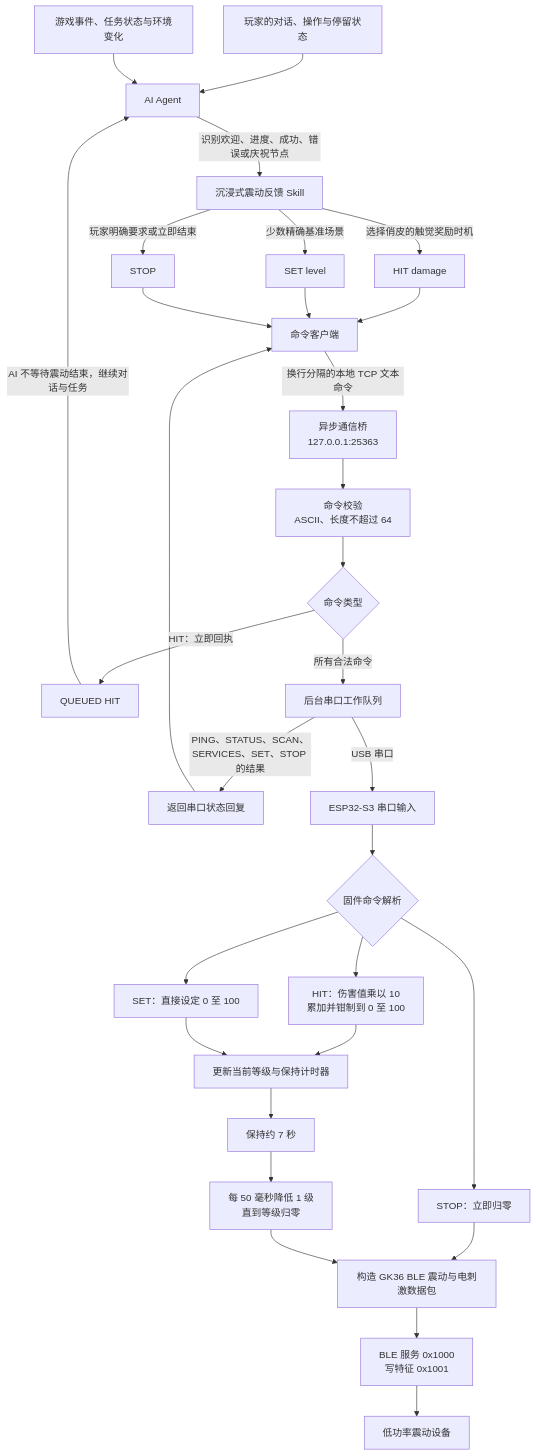
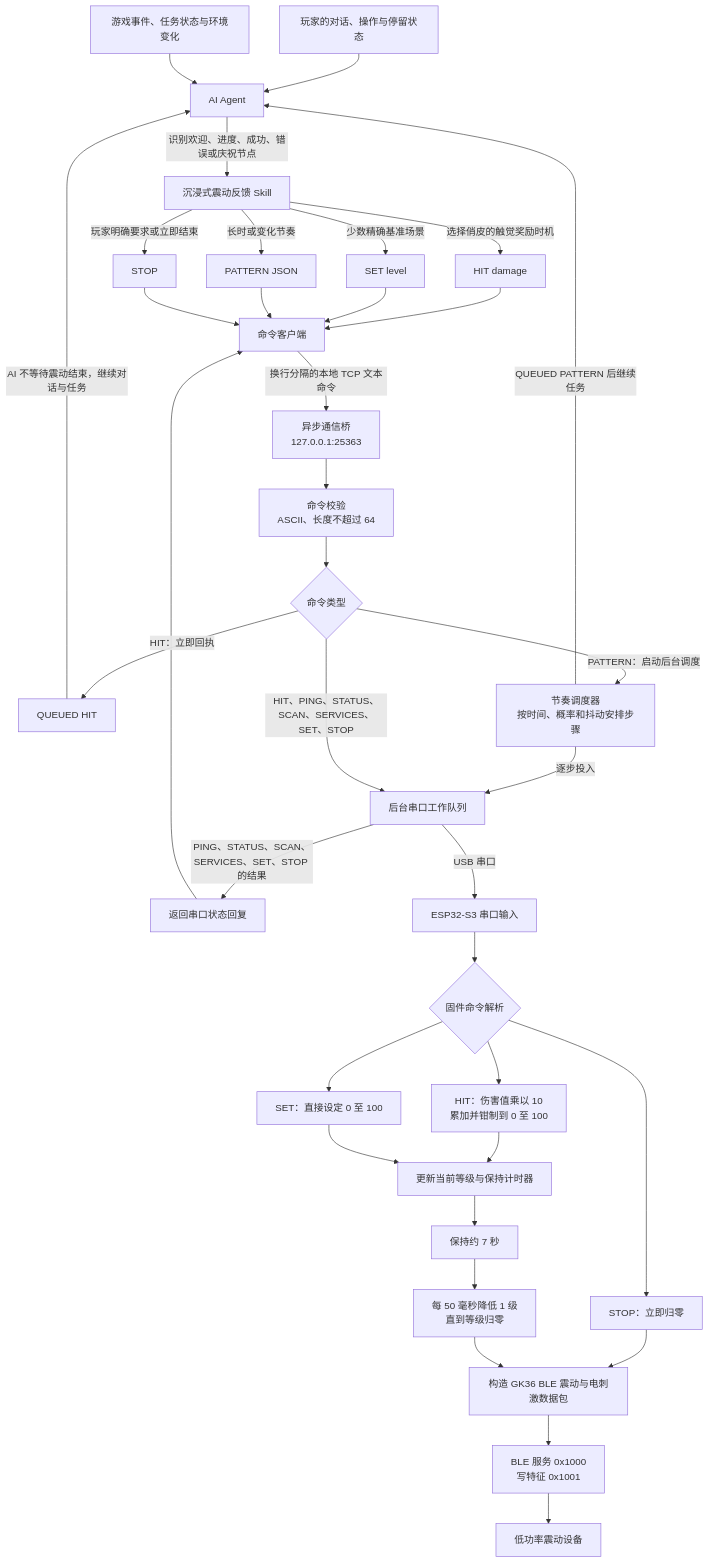
One commit to ra1nyxin/immersive-vibration-response-skill changed the diagram in README.md. Above: the diagram before and after it, drawn with Mermaid. The commit also changed other lines of this file and 5 other files, not shown here.

````diff
--- a/README.md
+++ b/README.md
@@ -11,33 +11,38 @@
 ```mermaid
 flowchart TD
     P[玩家的对话、操作与停留状态] --> A[AI Agent]
     G[游戏事件、任务状态与环境变化] --> A
     A -->|识别欢迎、进度、成功、错误或庆祝节点| S[沉浸式震动反馈 Skill]
     S -->|选择俏皮的触觉奖励时机| H[HIT damage]
     S -->|少数精确基准场景| T[SET level]
+    S -->|长时或变化节奏| PT[PATTERN JSON]
     S -->|玩家明确要求或立即结束| X[STOP]
     H --> C[命令客户端]
     T --> C
+    PT --> C
     X --> C
     C -->|换行分隔的本地 TCP 文本命令| B[异步通信桥\n127.0.0.1:25363]
     B --> V[命令校验\nASCII、长度不超过 64]
     V --> Q{命令类型}
     Q -->|HIT：立即回执| R[QUEUED HIT]
     R -->|AI 不等待震动结束，继续对话与任务| A
-    Q -->|所有合法命令| W[后台串口工作队列]
+    Q -->|PATTERN：启动后台调度| PS[节奏调度器\n按时间、概率和抖动安排步骤]
+    PS -->|QUEUED PATTERN 后继续任务| A
+    PS -->|逐步投入| W[后台串口工作队列]
+    Q -->|HIT、PING、STATUS、SCAN、SERVICES、SET、STOP| W
     W -->|PING、STATUS、SCAN、SERVICES、SET、STOP 的结果| K[返回串口状态回复]
     K --> C
     W -->|USB 串口| U[ESP32-S3 串口输入]
     U --> F{固件命令解析}
     F --> M1[HIT：伤害值乘以 10\n累加并钳制到 0 至 100]
     F --> M2[SET：直接设定 0 至 100]
     F --> M3[STOP：立即归零]
     M1 --> Y[更新当前等级与保持计时器]
     M2 --> Y
     M3 --> J[构造 GK36 BLE 震动与电刺激数据包]
     Y --> Z[保持约 7 秒]
     Z --> D[每 50 毫秒降低 1 级\n直到等级归零]
     D --> J
     J --> N[BLE 服务 0x1000\n写特征 0x1001]
     N --> O[低功率震动设备]
 ```
````
